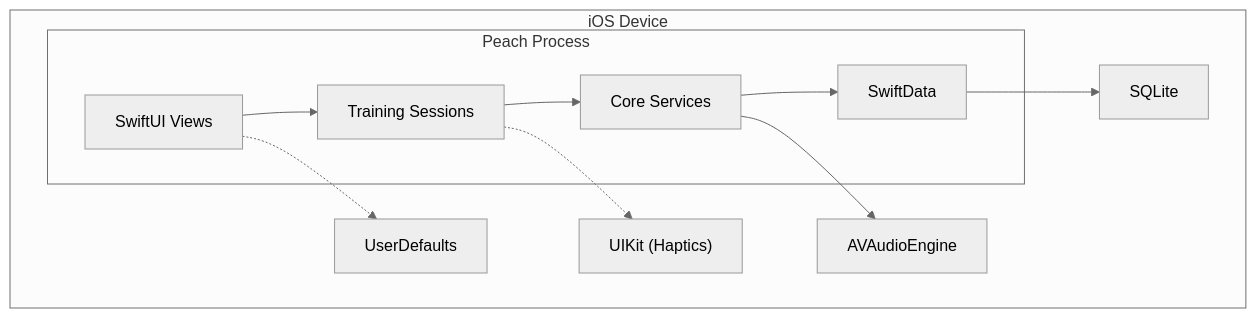
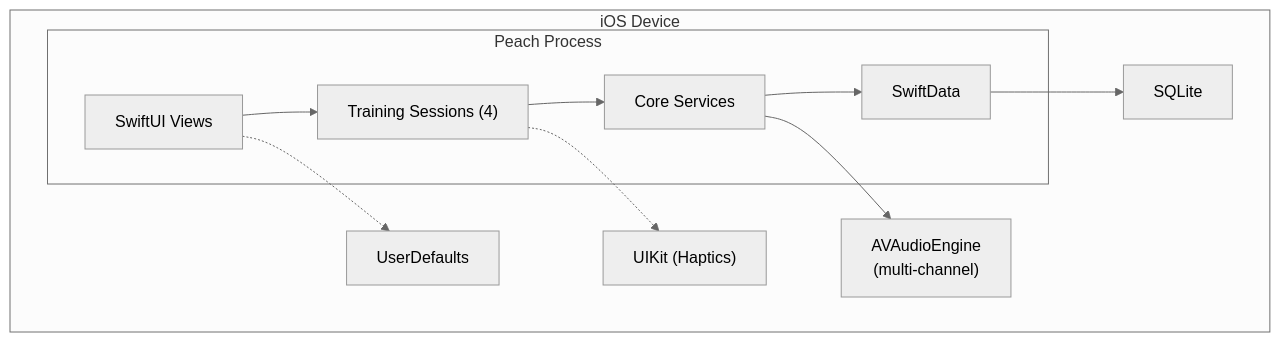
The second of 10 diagrams in docs/arc42.md (mschuerig/peach-ios), drawn with Mermaid (neutral theme) before and after one commit. The commit also changed other lines of this file, not shown here.

First line of the commit message:
Update arc42 documentation to v2.0 for rhythm training

````diff
--- a/docs/arc42.md
+++ b/docs/arc42.md
@@ -97,23 +108,23 @@
 ```mermaid
 graph TB
     subgraph "iOS Device"
         subgraph "Peach Process"
             SwiftUI["SwiftUI Views"]
-            Sessions["Training Sessions"]
+            Sessions["Training Sessions (4)"]
             Core["Core Services"]
             SwiftData["SwiftData"]
         end
-        AVAudio["AVAudioEngine"]
+        AVAudio["AVAudioEngine<br/>(multi-channel)"]
         UIKit["UIKit (Haptics)"]
         UserDefaults["UserDefaults"]
         SQLite["SQLite"]
     end
 
     SwiftUI --> Sessions
     Sessions --> Core
     Core --> SwiftData
     Core --> AVAudio
     Sessions -.-> UIKit
     SwiftUI -.-> UserDefaults
     SwiftData --> SQLite
 ```
````
